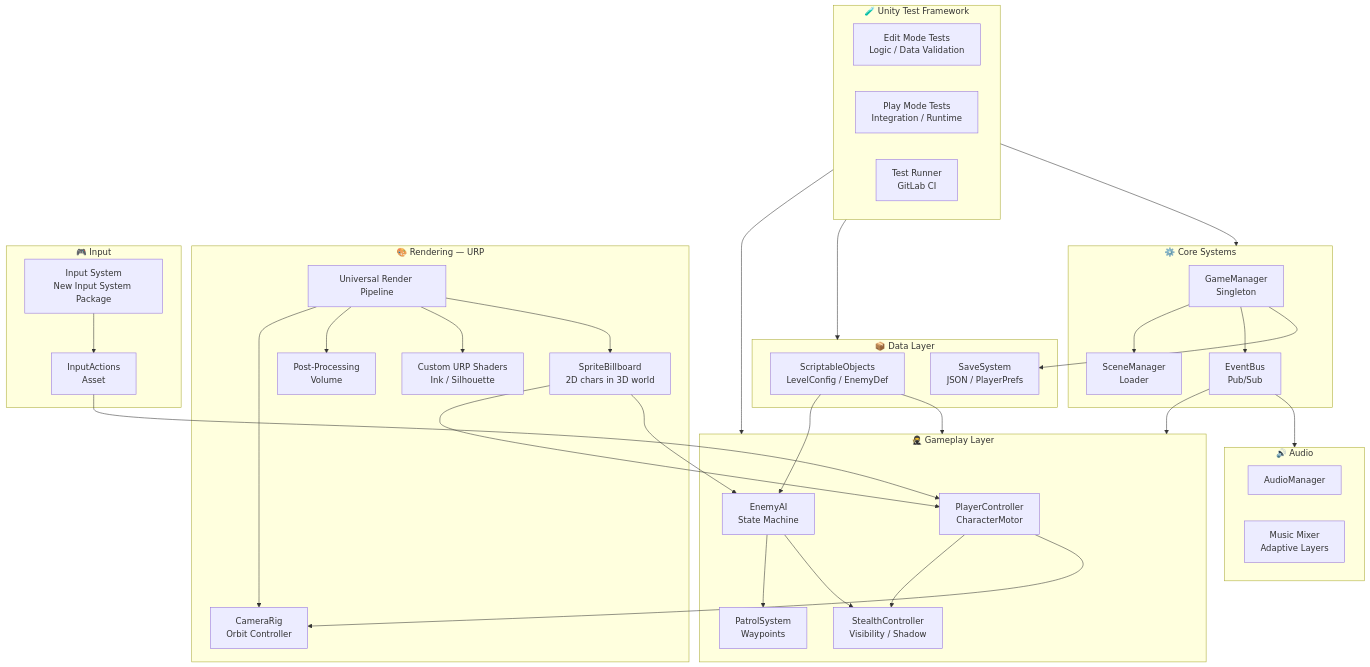
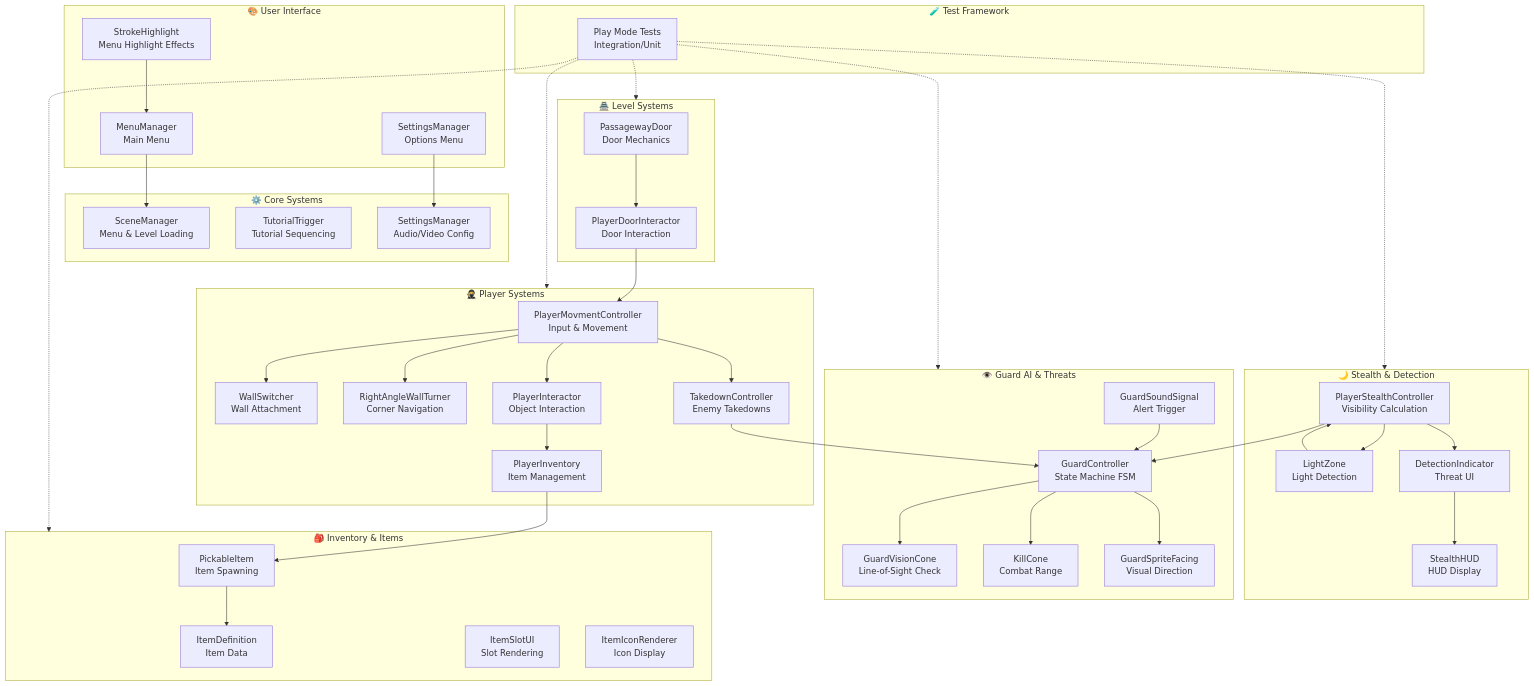
Before and after one commit to MauroZorzin/InkShinobi: the diagram in README.md, drawn with Mermaid. The commit also changed other lines of this file and 825 other files, not shown here.

````diff
--- a/README.md
+++ b/README.md
@@ -21,70 +23,89 @@
 ```mermaid
 graph TD
     subgraph Core ["⚙️ Core Systems"]
-        GM[GameManager<br/>Singleton]
-        SM[SceneManager<br/>Loader]
-        EM[EventBus<br/>Pub/Sub]
+        SM[SceneManager<br/>Menu & Level Loading]
+        TT[TutorialTrigger<br/>Tutorial Sequencing]
+        UM[SettingsManager<br/>Audio/Video Config]
     end
 
-    subgraph Rendering ["🎨 Rendering — URP"]
-        URP[Universal Render Pipeline]
-        CAM[CameraRig<br/>Orbit Controller]
-        PP[Post-Processing<br/>Volume]
-        SH[Custom URP Shaders<br/>Ink / Silhouette]
-        BB[SpriteBillboard<br/>2D chars in 3D world]
+    subgraph Player ["🥷 Player Systems"]
+        PMC[PlayerMovmentController<br/>Input & Movement]
+        WS[WallSwitcher<br/>Wall Attachment]
+        RAWT[RightAngleWallTurner<br/>Corner Navigation]
+        TC[TakedownController<br/>Enemy Takedowns]
+        INV[PlayerInventory<br/>Item Management]
+        PI[PlayerInteractor<br/>Object Interaction]
     end
 
-    subgraph Gameplay ["🥷 Gameplay Layer"]
-        PC[PlayerController<br/>CharacterMotor]
-        SC[StealthController<br/>Visibility / Shadow]
-        AI[EnemyAI<br/>State Machine]
-        PT[PatrolSystem<br/>Waypoints]
+    subgraph Stealth ["🌙 Stealth & Detection"]
+        PSC[PlayerStealthController<br/>Visibility Calculation]
+        LZ[LightZone<br/>Light Detection]
+        DI[DetectionIndicator<br/>Threat UI]
+        SH[StealthHUD<br/>HUD Display]
     end
 
-    subgraph Input ["🎮 Input"]
-        NIS[Input System<br/>New Input System Package]
-        IA[InputActions<br/>Asset]
+    subgraph Guard ["👁️ Guard AI & Threats"]
+        GC[GuardController<br/>State Machine FSM]
+        GVC[GuardVisionCone<br/>Line-of-Sight Check]
+        GSS[GuardSoundSignal<br/>Alert Trigger]
+        KC[KillCone<br/>Combat Range]
+        GSF[GuardSpriteFacing<br/>Visual Direction]
     end
 
-    subgraph Audio ["🔊 Audio"]
-        AM[AudioManager]
-        MX[Music Mixer<br/>Adaptive Layers]
+    subgraph Level ["🏯 Level Systems"]
+        PD[PassagewayDoor<br/>Door Mechanics]
+        PDI[PlayerDoorInteractor<br/>Door Interaction]
     end
 
-    subgraph Data ["📦 Data Layer"]
-        SO[ScriptableObjects<br/>LevelConfig / EnemyDef]
-        SAV[SaveSystem<br/>JSON / PlayerPrefs]
+    subgraph Inventory ["🎒 Inventory & Items"]
+        PI_Item[PickableItem<br/>Item Spawning]
+        ID[ItemDefinition<br/>Item Data]
+        ISU[ItemSlotUI<br/>Slot Rendering]
+        IIR[ItemIconRenderer<br/>Icon Display]
     end
 
-    subgraph Testing ["🧪 Unity Test Framework"]
-        EM_T[Edit Mode Tests<br/>Logic / Data Validation]
-        PM_T[Play Mode Tests<br/>Integration / Runtime]
-        TC[Test Runner<br/>GitLab CI]
+    subgraph UI ["🎨 User Interface"]
+        MM[MenuManager<br/>Main Menu]
+        SM_Menu[SettingsManager<br/>Options Menu]
+        SH_UI[StrokeHighlight<br/>Menu Highlight Effects]
     end
 
-    GM --> SM
-    GM --> EM
-    EM --> Gameplay
-    EM --> Audio
+    subgraph Testing ["🧪 Test Framework"]
+        PM_Tests[Play Mode Tests<br/>Integration/Unit]
+    end
 
-    NIS --> IA --> PC
-    PC --> SC
-    PC --> CAM
-    AI --> PT
-    AI --> SC
+    PM_Tests -.-> Guard
+    PM_Tests -.-> Player
+    PM_Tests -.-> Inventory
+    PM_Tests -.-> Stealth
+    PM_Tests -.-> Level
 
-    URP --> CAM
-    URP --> PP
-    URP --> SH
-    URP --> BB
-    BB --> PC
-    BB --> AI
+    PMC --> WS
+    PMC --> RAWT
+    PMC --> TC
+    PMC --> PI
 
-    SO --> Gameplay
-    SO --> AI
-    GM --> SAV
+    TC --> GC
+    PI --> INV
+    INV --> PI_Item
+    PI_Item --> ID
 
-    Testing --> Gameplay
-    Testing --> Data
-    Testing --> Core
+    PSC --> LZ
+    PSC --> DI
+    DI --> SH
+
+    GC --> GVC
+    GC --> GSF
+    GC --> KC
+    PSC --> GC
+
+    GSS --> GC
+    LZ --> PSC
+
+    PD --> PDI
+    PDI --> PMC
+
+    MM --> SM
+    SM_Menu --> UM
+    SH_UI --> MM
 ```
````
